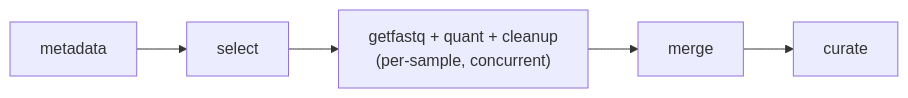
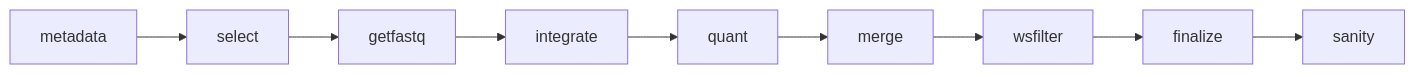
The diagram in config/amalgkit/README.md (docxology/MetaInformAnt), drawn with Mermaid before and after one commit. The commit also changed other lines of this file and 448 other files, not shown here.

````diff
--- a/config/amalgkit/README.md
+++ b/config/amalgkit/README.md
@@ -46,7 +9,11 @@
 ```mermaid
-graph LR
+flowchart LR
     A[metadata] --> B[select]
-    B --> C["getfastq + quant + cleanup<br/>(per-sample, concurrent)"]
-    C --> D[merge]
-    D --> E[curate]
+    B --> C[getfastq]
+    C --> D[integrate]
+    D --> E[quant]
+    E --> F[merge]
+    F --> G[wsfilter]
+    G --> H[finalize]
+    H --> I[sanity]
 ```
````
